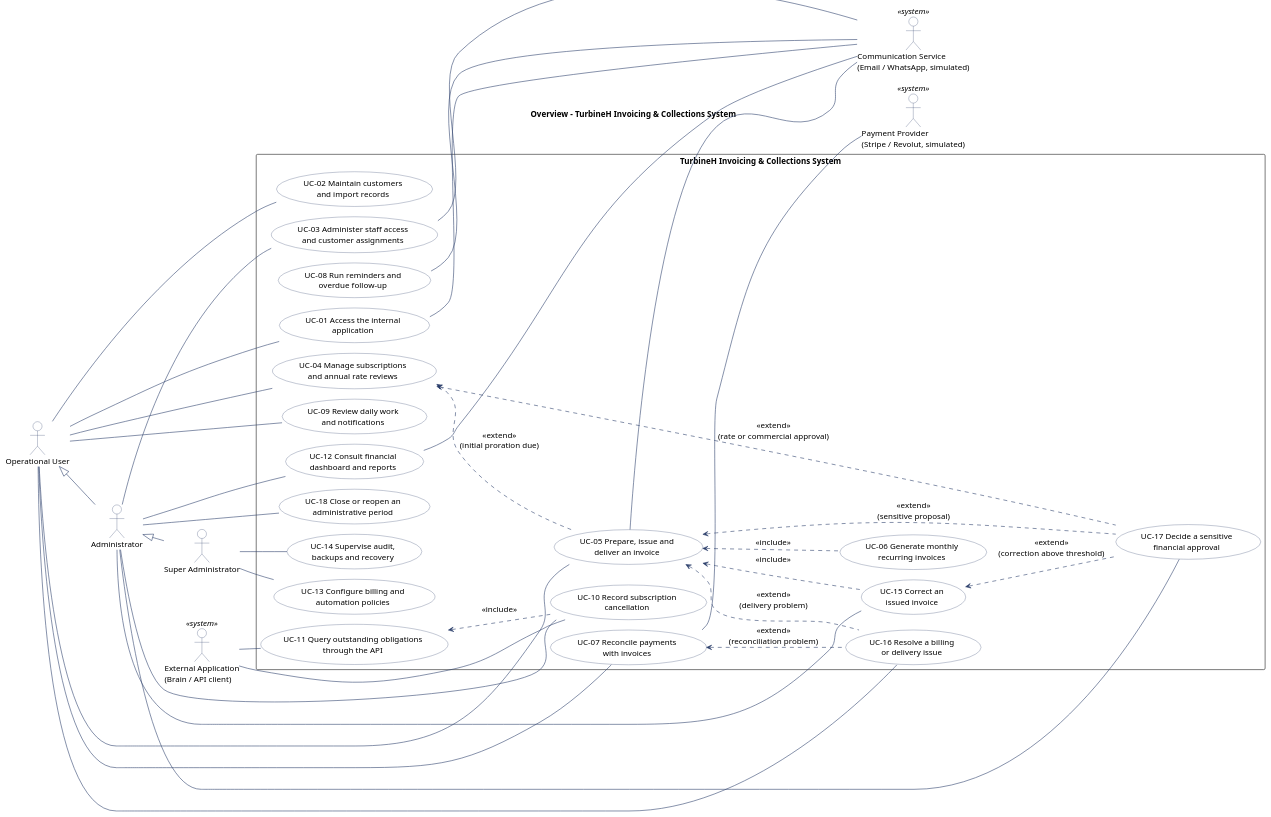
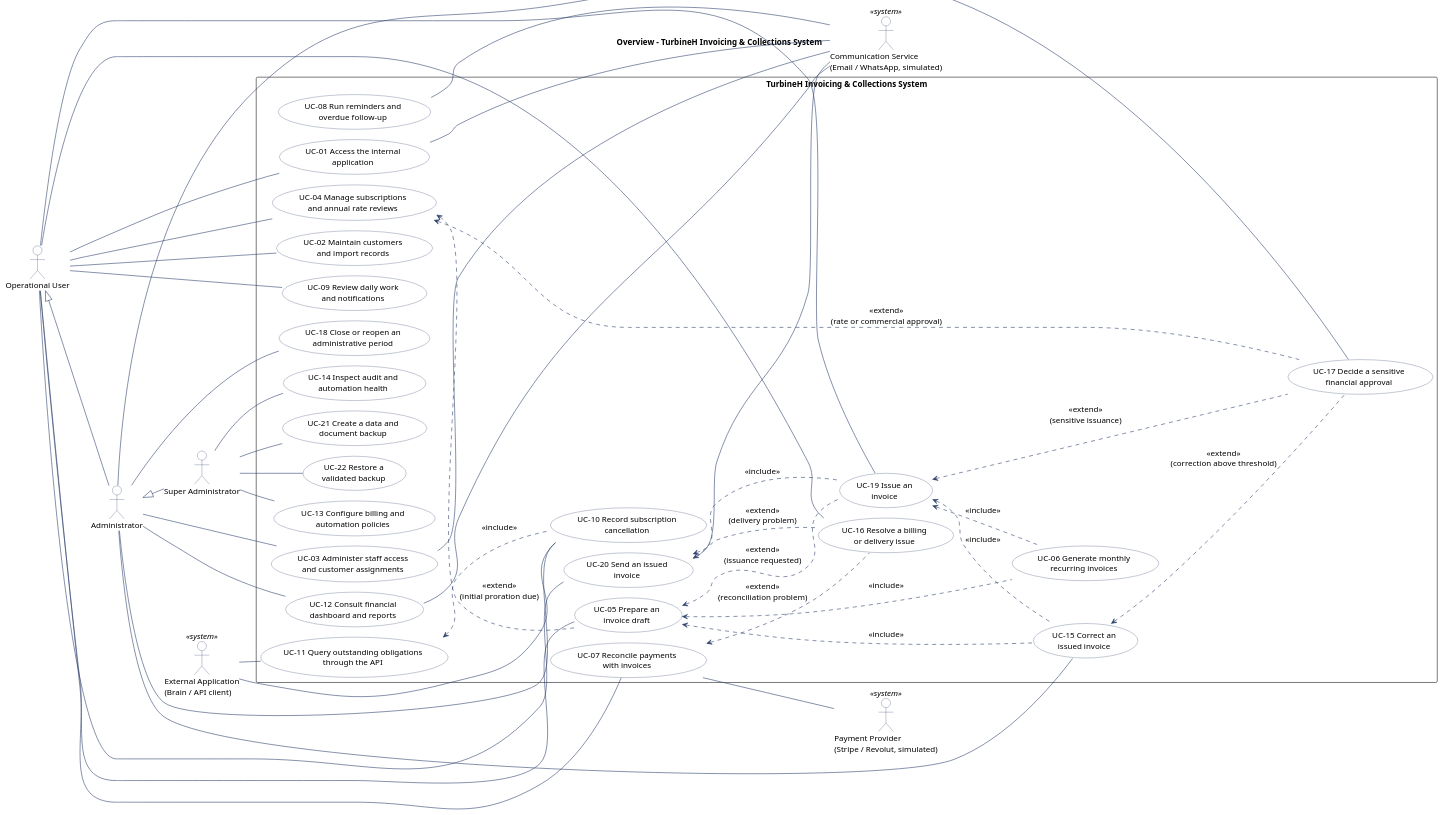
Before and after one commit to atrevete-adap/adap-project: the first of 5 diagrams in doc/src/use-case-diagram.pu, drawn with PlantUML. The commit also changed other lines of this file and 5 other files, not shown here.

First line of the commit message:
docs: sync the use case diagram with the 22 contracts of #59

```diff
--- a/doc/src/use-case-diagram.pu
+++ b/doc/src/use-case-diagram.pu
@@ -7,94 +8,105 @@
 @startuml use-case-diagram-0-overview
 !pragma layout smetana
 left to right direction
 skinparam shadowing false
 skinparam packageStyle rectangle
 skinparam defaultFontName SansSerif
 skinparam defaultFontSize 14
 skinparam backgroundColor #FFFFFF
 skinparam usecase {
   BackgroundColor #FFFFFF
   BorderColor #2B3E6A
   FontColor #000000
 }
 skinparam actor {
   BackgroundColor #FFFFFF
   BorderColor #2B3E6A
   FontColor #000000
 }
 skinparam note {
   BackgroundColor #FDE2B8
   BorderColor #2B3E6A
 }
 skinparam arrow {
   Color #2B3E6A
 }
 skinparam nodesep 12
 skinparam ranksep 60
 title Overview - TurbineH Invoicing & Collections System
 
 actor "Operational User" as OpUser
 actor "Administrator" as Admin
 actor "Super Administrator" as SuperAdmin
 actor "External Application\n(Brain / API client)" as ExtApp <<system>>
 actor "Communication Service\n(Email / WhatsApp, simulated)" as CommSrv <<system>>
 actor "Payment Provider\n(Stripe / Revolut, simulated)" as PayProv <<system>>
 
 rectangle "TurbineH Invoicing & Collections System" {
   usecase "UC-01 Access the internal\napplication" as UC01
   usecase "UC-02 Maintain customers\nand import records" as UC02
   usecase "UC-03 Administer staff access\nand customer assignments" as UC03
   usecase "UC-04 Manage subscriptions\nand annual rate reviews" as UC04
-  usecase "UC-05 Prepare, issue and\ndeliver an invoice" as UC05
+  usecase "UC-05 Prepare an\ninvoice draft" as UC05
   usecase "UC-06 Generate monthly\nrecurring invoices" as UC06
   usecase "UC-07 Reconcile payments\nwith invoices" as UC07
   usecase "UC-08 Run reminders and\noverdue follow-up" as UC08
   usecase "UC-09 Review daily work\nand notifications" as UC09
   usecase "UC-10 Record subscription\ncancellation" as UC10
   usecase "UC-11 Query outstanding obligations\nthrough the API" as UC11
   usecase "UC-12 Consult financial\ndashboard and reports" as UC12
   usecase "UC-13 Configure billing and\nautomation policies" as UC13
-  usecase "UC-14 Supervise audit,\nbackups and recovery" as UC14
+  usecase "UC-14 Inspect audit and\nautomation health" as UC14
   usecase "UC-15 Correct an\nissued invoice" as UC15
   usecase "UC-16 Resolve a billing\nor delivery issue" as UC16
   usecase "UC-17 Decide a sensitive\nfinancial approval" as UC17
   usecase "UC-18 Close or reopen an\nadministrative period" as UC18
+  usecase "UC-19 Issue an\ninvoice" as UC19
+  usecase "UC-20 Send an issued\ninvoice" as UC20
+  usecase "UC-21 Create a data and\ndocument backup" as UC21
+  usecase "UC-22 Restore a\nvalidated backup" as UC22
 }
 
 OpUser <|-- Admin
 Admin <|-- SuperAdmin
 OpUser -- UC01
 OpUser -- UC02
 OpUser -- UC04
 OpUser -- UC05
 OpUser -- UC07
 OpUser -- UC09
 OpUser -- UC16
+OpUser -- UC19
+OpUser -- UC20
 Admin -- UC03
 Admin -- UC10
 Admin -- UC12
 Admin -- UC15
 Admin -- UC17
 Admin -- UC18
 SuperAdmin -- UC13
 SuperAdmin -- UC14
+SuperAdmin -- UC21
+SuperAdmin -- UC22
 ExtApp -- UC10
 ExtApp -- UC11
 UC01 -- CommSrv
 UC03 -- CommSrv
-UC05 -- CommSrv
 UC08 -- CommSrv
 UC12 -- CommSrv
+UC20 -- CommSrv
 UC07 -- PayProv
 UC05 <.. UC06 : <<include>>
+UC19 <.. UC06 : <<include>>
 UC05 <.. UC15 : <<include>>
+UC19 <.. UC15 : <<include>>
+UC20 <.. UC19 : <<include>>
 UC11 <.. UC10 : <<include>>
 UC04 <.. UC05 : <<extend>>\n(initial proration due)
+UC05 <.. UC19 : <<extend>>\n(issuance requested)
 UC04 <.. UC17 : <<extend>>\n(rate or commercial approval)
-UC05 <.. UC17 : <<extend>>\n(sensitive proposal)
+UC19 <.. UC17 : <<extend>>\n(sensitive issuance)
 UC15 <.. UC17 : <<extend>>\n(correction above threshold)
-UC05 <.. UC16 : <<extend>>\n(delivery problem)
+UC20 <.. UC16 : <<extend>>\n(delivery problem)
 UC07 <.. UC16 : <<extend>>\n(reconciliation problem)
 
-
 @enduml
```
